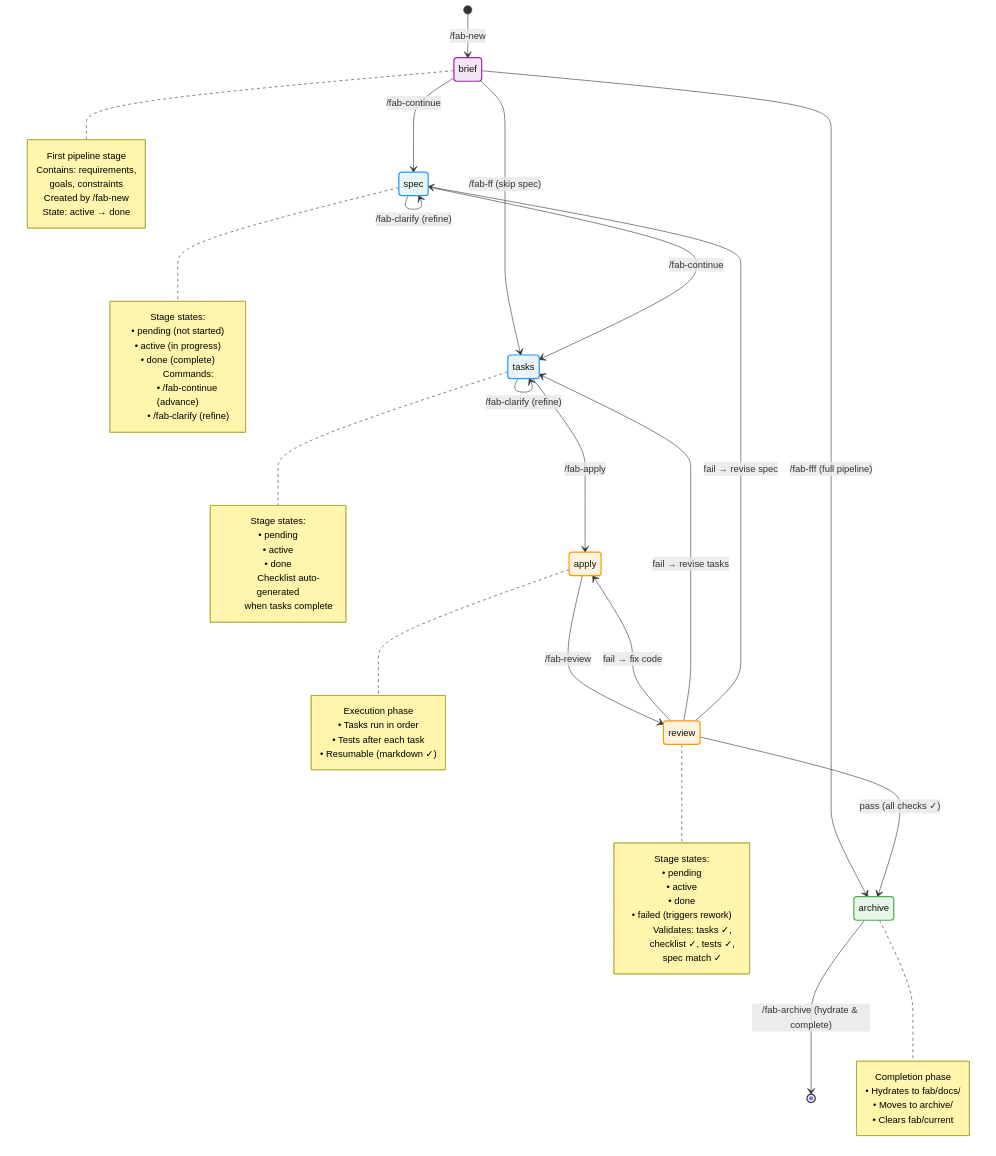
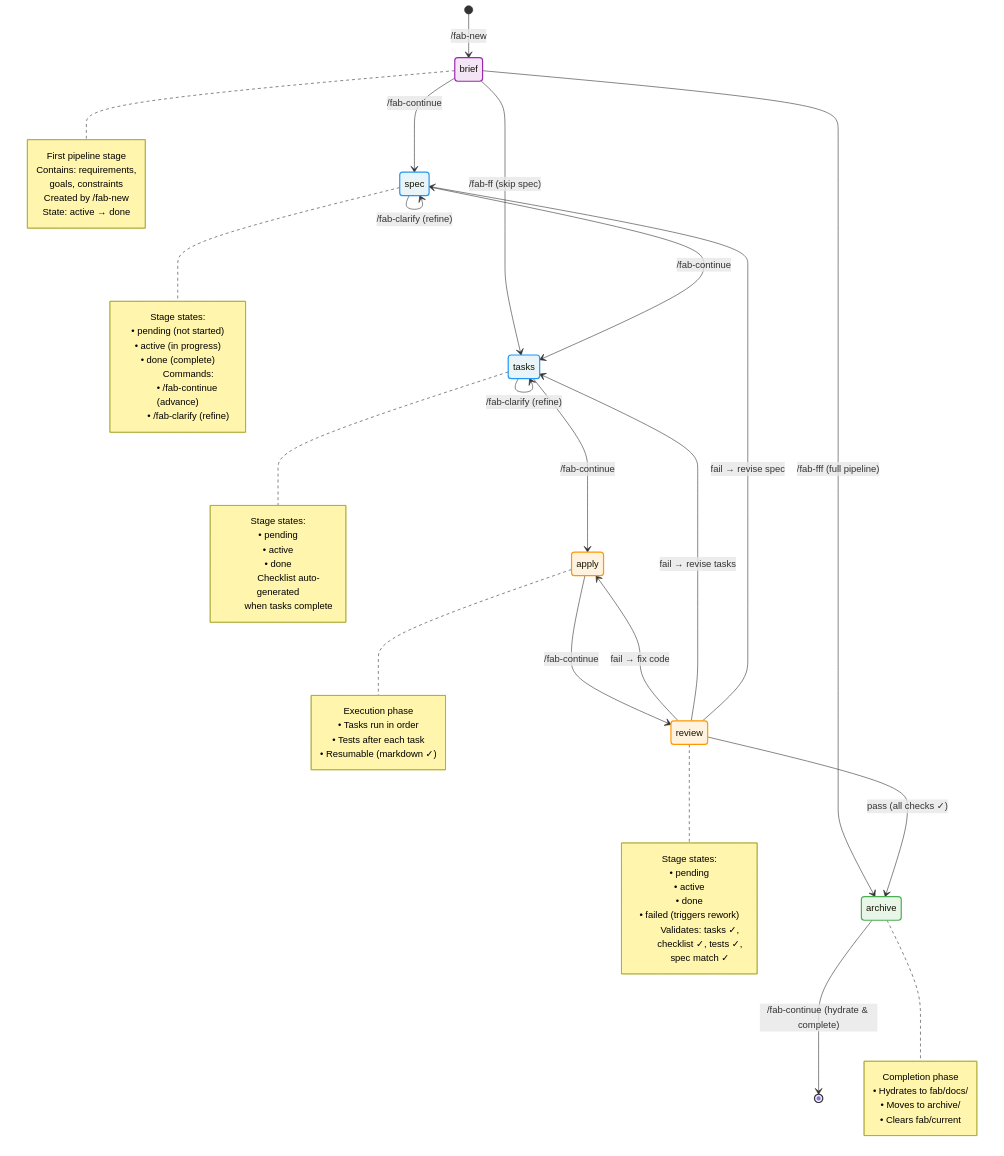
Before and after one commit to wvrdz/fab-kit: the fourth of 4 diagrams in fab/design/user-flow.md, drawn with Mermaid. The commit also changed other lines of this file and 34 other files, not shown here.

First line of the commit message:
feat: unify fab-apply, fab-review, fab-archive into fab-continue (#DEV-1014)

```diff
--- a/fab/design/user-flow.md
+++ b/fab/design/user-flow.md
@@ -163,16 +163,16 @@
     spec --> tasks: /fab-continue
 
     tasks --> tasks: /fab-clarify (refine)
-    tasks --> apply: /fab-apply
+    tasks --> apply: /fab-continue
 
-    apply --> review: /fab-review
+    apply --> review: /fab-continue
 
     review --> archive: pass (all checks ✓)
     review --> apply: fail → fix code
     review --> tasks: fail → revise tasks
     review --> spec: fail → revise spec
 
-    archive --> [*]: /fab-archive (hydrate & complete)
+    archive --> [*]: /fab-continue (hydrate & complete)
 
     note right of brief
         First pipeline stage
```
